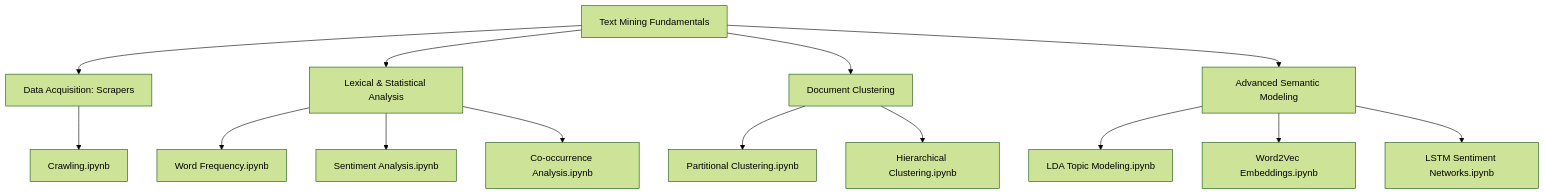
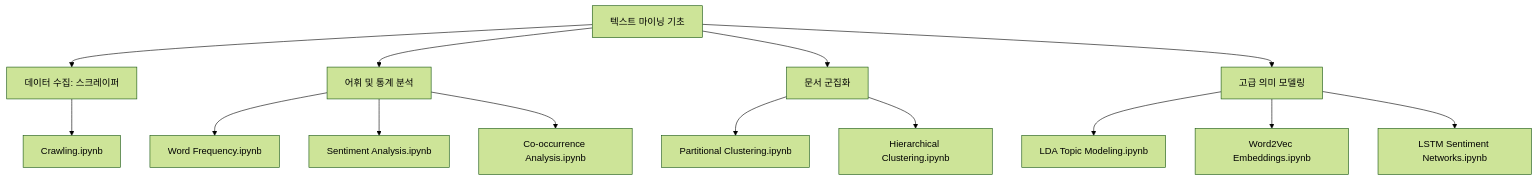
Before and after one commit to AlexL71/dadaboev-portfolio: the diagram in src/pages/ko/research-and-projects/text-mining-fundamentals.md, drawn with Mermaid (forest theme). The commit also changed other lines of this file and 27 other files, not shown here.

````diff
--- a/src/pages/ko/research-and-projects/text-mining-fundamentals.md
+++ b/src/pages/ko/research-and-projects/text-mining-fundamentals.md
@@ -22,17 +22,17 @@
 ```mermaid
 graph TD
-    A[Text Mining Fundamentals] --> B[Data Acquisition: Scrapers]
-    A --> C[Lexical & Statistical Analysis]
-    A --> D[Document Clustering]
-    A --> E[Advanced Semantic Modeling]
-    
+    A[텍스트 마이닝 기초] --> B[데이터 수집: 스크레이퍼]
+    A --> C[어휘 및 통계 분석]
+    A --> D[문서 군집화]
+    A --> E[고급 의미 모델링]
+
     B --> B1[Crawling.ipynb]
     C --> C1[Word Frequency.ipynb]
     C --> C2[Sentiment Analysis.ipynb]
     C --> C3[Co-occurrence Analysis.ipynb]
     D --> D1[Partitional Clustering.ipynb]
     D --> D2[Hierarchical Clustering.ipynb]
     E --> E1[LDA Topic Modeling.ipynb]
     E --> E2[Word2Vec Embeddings.ipynb]
     E --> E3[LSTM Sentiment Networks.ipynb]
 ```
````
